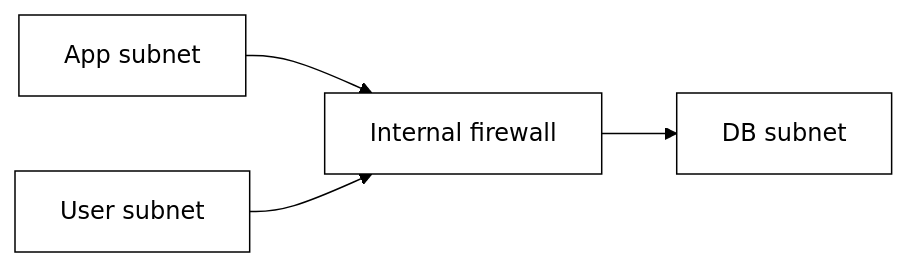
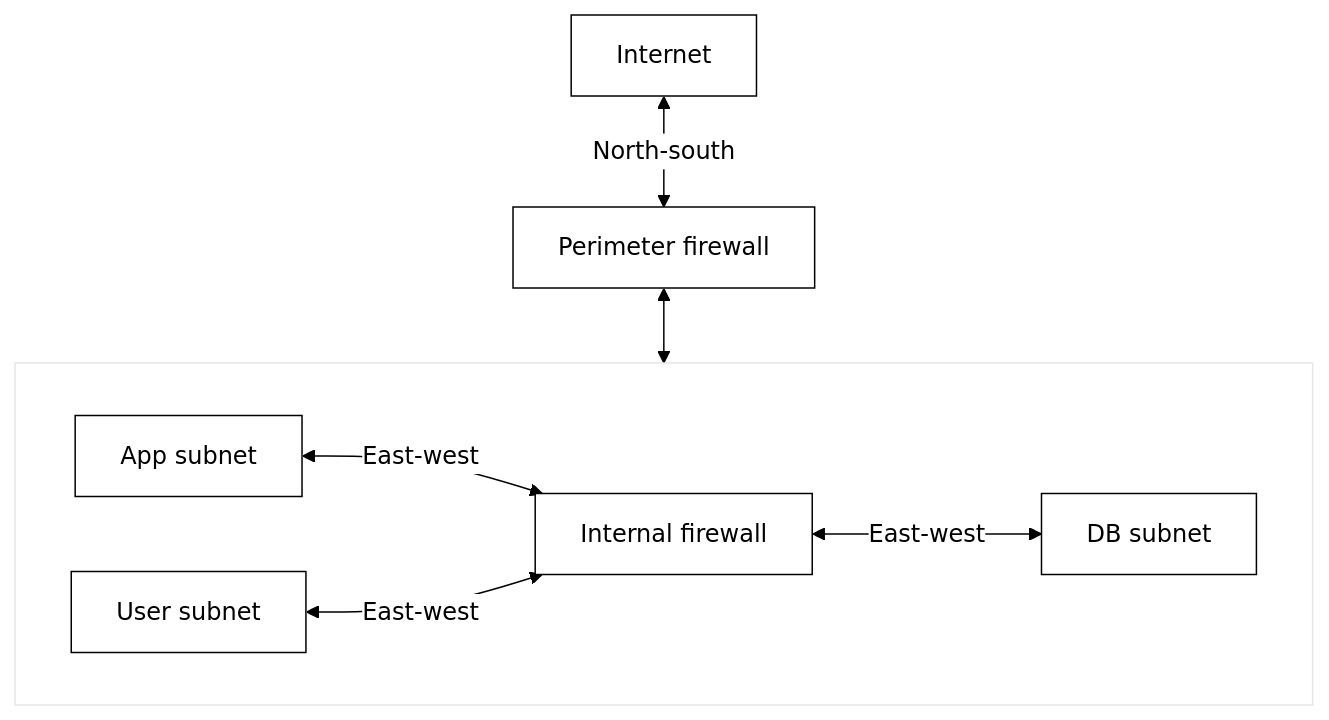
Before and after one commit to cs-pub-ro/SRED-lectures: the eighth of 17 diagrams in 04-firewalls/04-firewalls.md, drawn with Mermaid. The commit also changed other lines of this file and 13 other files, not shown here.

````diff
--- a/04-firewalls/04-firewalls.md
+++ b/04-firewalls/04-firewalls.md
@@ -298,7 +519,12 @@
 ```mermaid
 %%{init: {'theme': 'base', 'themeVariables': {'primaryColor': '#ffffff', 'primaryBorderColor': '#000000', 'primaryTextColor': '#000000', 'lineColor': '#000000'}}}%%
-flowchart LR
-  APP["App subnet"] --> FW["Internal firewall"]
-  FW --> DB["DB subnet"]
-  USER["User subnet"] --> FW
+flowchart TB
+  INET["Internet"]
+  INET <-->|"North-south"| FW["Perimeter firewall"]
+  FW <--> INT["Internal network"]
+  subgraph INT[" "]
+    APP["App subnet"] <-->|"East-west"| IFW["Internal firewall"]
+    IFW <-->|"East-west"| DB["DB subnet"]
+    USER["User subnet"] <-->|"East-west"| IFW
+  end
 ```
````
